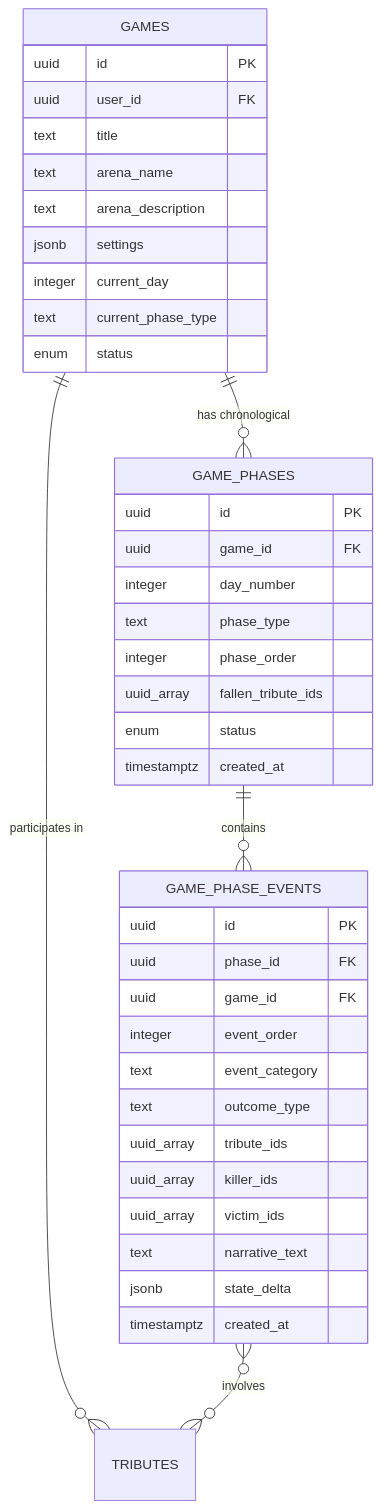
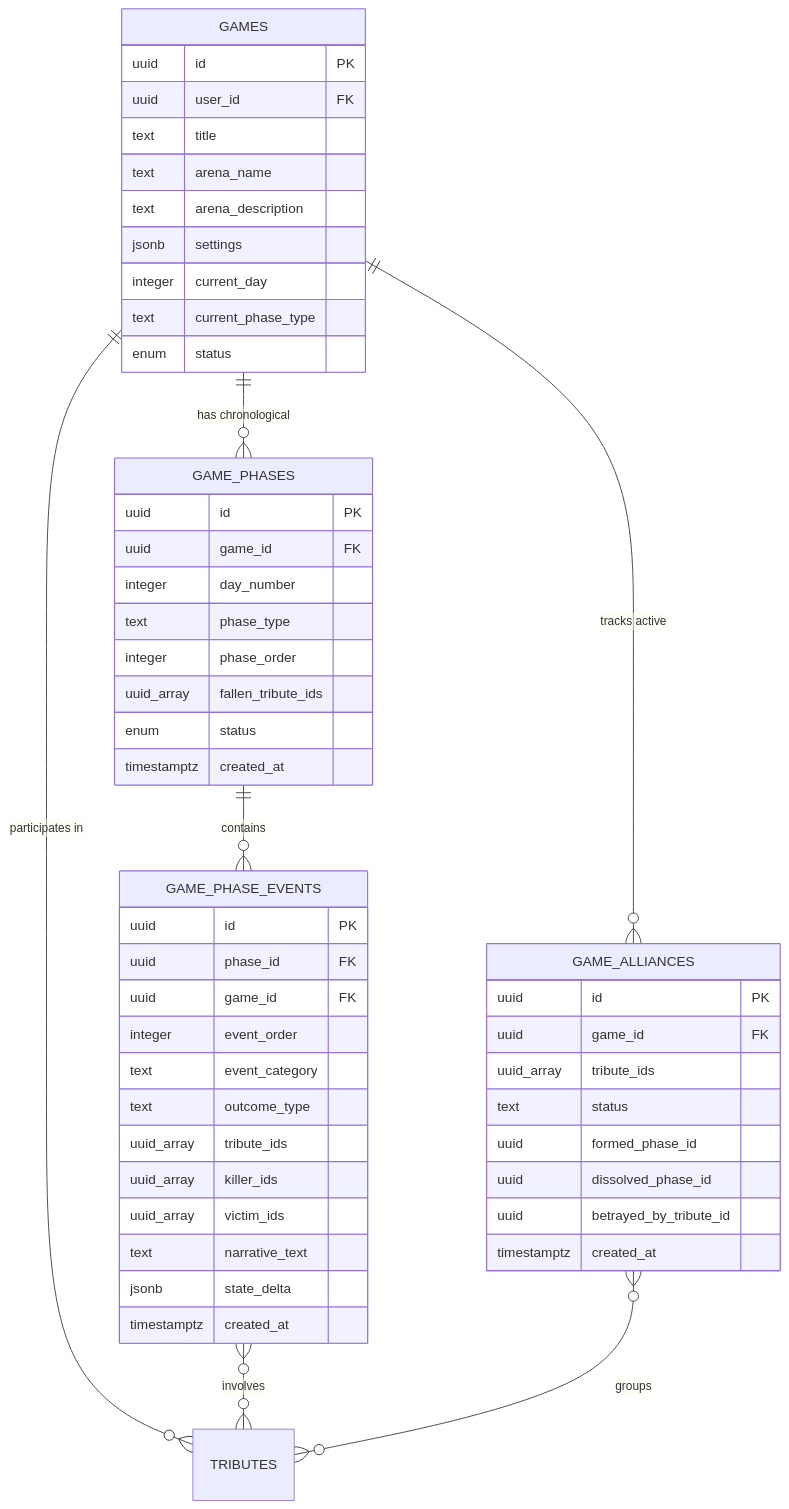
One commit to JeremiDuran/hunger-games-ai changed the first of 2 diagrams in docs/live_arena_design.md. Above: the diagram before and after it, drawn with Mermaid. The commit also changed other lines of this file and 6 other files, not shown here.

````diff
--- a/docs/live_arena_design.md
+++ b/docs/live_arena_design.md
@@ -131,45 +131,58 @@
 ```mermaid
 erDiagram
     GAMES ||--o{ GAME_PHASES : "has chronological"
     GAMES ||--o{ TRIBUTES : "participates in"
+    GAMES ||--o{ GAME_ALLIANCES : "tracks active"
     GAME_PHASES ||--o{ GAME_PHASE_EVENTS : "contains"
     GAME_PHASE_EVENTS }o--o{ TRIBUTES : "involves"
+    GAME_ALLIANCES }o--o{ TRIBUTES : "groups"
 
     GAMES {
         uuid id PK
         uuid user_id FK
         text title
         text arena_name
         text arena_description
         jsonb settings
         integer current_day
         text current_phase_type
         enum status
     }
 
     GAME_PHASES {
         uuid id PK
         uuid game_id FK
         integer day_number
         text phase_type
         integer phase_order
         uuid_array fallen_tribute_ids
         enum status
         timestamptz created_at
     }
 
     GAME_PHASE_EVENTS {
         uuid id PK
         uuid phase_id FK
         uuid game_id FK
         integer event_order
         text event_category
         text outcome_type
         uuid_array tribute_ids
         uuid_array killer_ids
         uuid_array victim_ids
         text narrative_text
         jsonb state_delta
         timestamptz created_at
     }
+
+    GAME_ALLIANCES {
+        uuid id PK
+        uuid game_id FK
+        uuid_array tribute_ids
+        text status
+        uuid formed_phase_id
+        uuid dissolved_phase_id
+        uuid betrayed_by_tribute_id
+        timestamptz created_at
+    }
 ```
````
